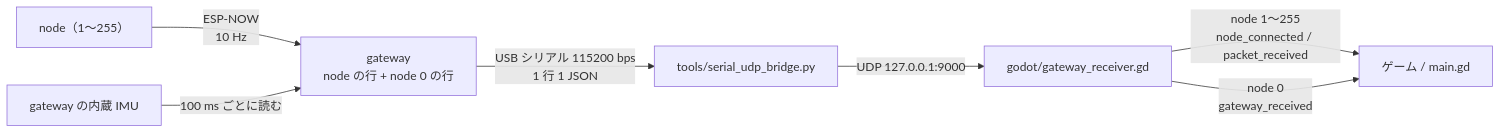
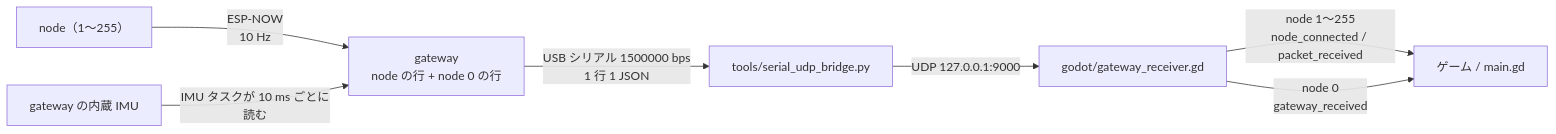
Before and after one commit to shiruku-shibata/Beer-Fw: the first of 2 diagrams in doc/gateway-accel.md, drawn with Mermaid. The commit also changed other lines of this file and 8 other files, not shown here.

````diff
--- a/doc/gateway-accel.md
+++ b/doc/gateway-accel.md
@@ -13,9 +14,9 @@
 ```mermaid
 flowchart LR
     N["node（1〜255）"] -- "ESP-NOW<br/>10 Hz" --> GW
-    IMU["gateway の内蔵 IMU"] -- "100 ms ごとに読む" --> GW
-    GW["gateway<br/>node の行 + node 0 の行"] -- "USB シリアル 115200 bps<br/>1 行 1 JSON" --> B["tools/serial_udp_bridge.py"]
+    IMU["gateway の内蔵 IMU"] -- "IMU タスクが 10 ms ごとに読む" --> GW
+    GW["gateway<br/>node の行 + node 0 の行"] -- "USB シリアル 1500000 bps<br/>1 行 1 JSON" --> B["tools/serial_udp_bridge.py"]
     B -- "UDP 127.0.0.1:9000" --> R["godot/gateway_receiver.gd"]
     R -- "node 1〜255<br/>node_connected / packet_received" --> G["ゲーム / main.gd"]
     R -- "node 0<br/>gateway_received" --> G
 ```
````
